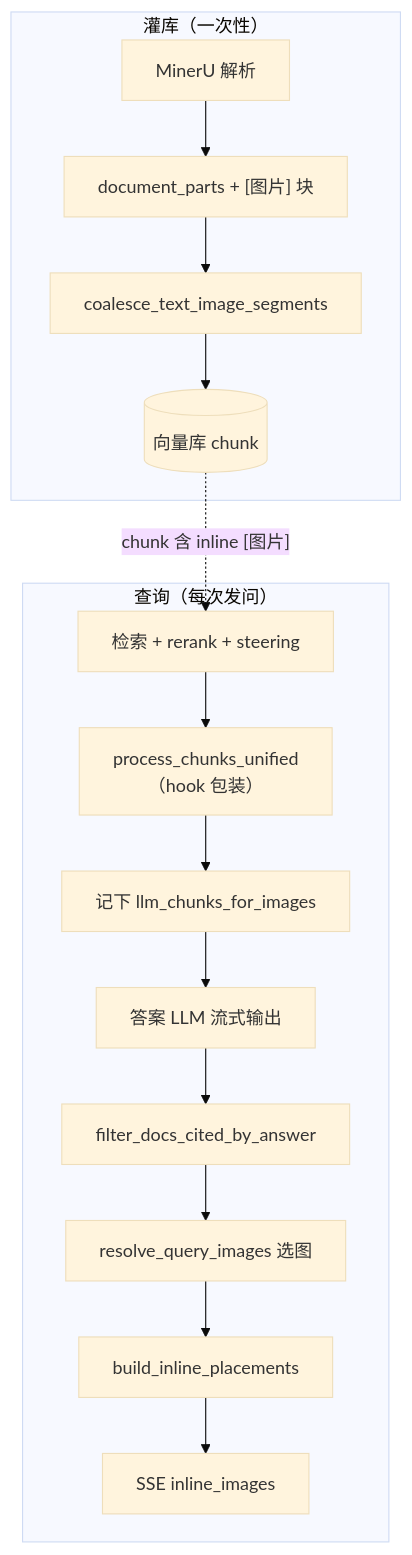
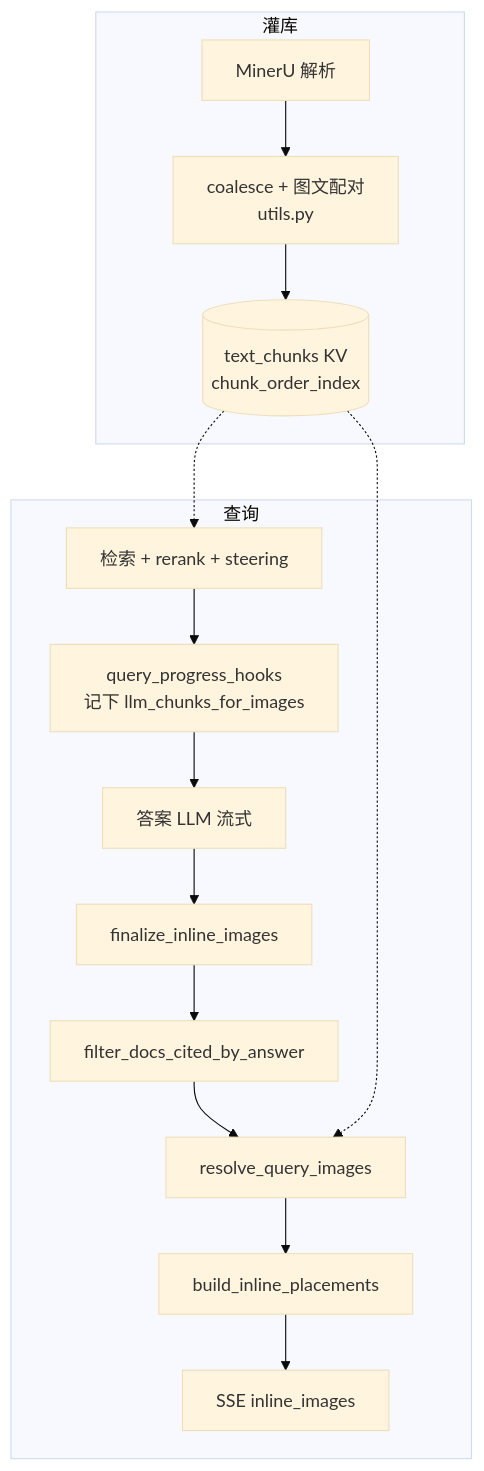
The first of 4 diagrams in docs/查询配图实现说明.md (yiliangbetter/IndustrialRAG), drawn with Mermaid (base theme) before and after one commit. The commit also changed other lines of this file and 32 other files, not shown here.

First line of the commit message:
feat(images): unified figure targets after demo image fix

````diff
--- a/docs/查询配图实现说明.md
+++ b/docs/查询配图实现说明.md
@@ -26,24 +33,25 @@
 ```mermaid
 flowchart TB
-    subgraph Ingest["灌库（一次性）"]
+    subgraph Ingest["灌库"]
         PDF["MinerU 解析"]
-        PARTS["document_parts + [图片] 块"]
-        COAL["coalesce_text_image_segments"]
-        KV[("向量库 chunk")]
-        PDF --> PARTS --> COAL --> KV
+        COAL["coalesce + 图文配对<br/>utils.py"]
+        KV[("text_chunks KV<br/>chunk_order_index")]
+        PDF --> COAL --> KV
     end
 
-    subgraph Query["查询（每次发问）"]
+    subgraph Query["查询"]
         R["检索 + rerank + steering"]
-        U["process_chunks_unified<br/>（hook 包装）"]
-        SAVE["记下 llm_chunks_for_images"]
-        LLM["答案 LLM 流式输出"]
+        HOOK["query_progress_hooks<br/>记下 llm_chunks_for_images"]
+        LLM["答案 LLM 流式"]
+        FIN["finalize_inline_images"]
         CITE["filter_docs_cited_by_answer"]
-        SEL["resolve_query_images 选图"]
+        SEL["resolve_query_images"]
         PLACE["build_inline_placements"]
         SSE["SSE inline_images"]
-        R --> U --> SAVE --> LLM --> CITE --> SEL --> PLACE --> SSE
+        R --> HOOK --> LLM --> FIN
+        FIN --> CITE --> SEL --> PLACE --> SSE
     end
 
-    KV -.->|"chunk 含 inline [图片]"| R
+    KV -.-> R
+    KV -.-> SEL
 ```
````
